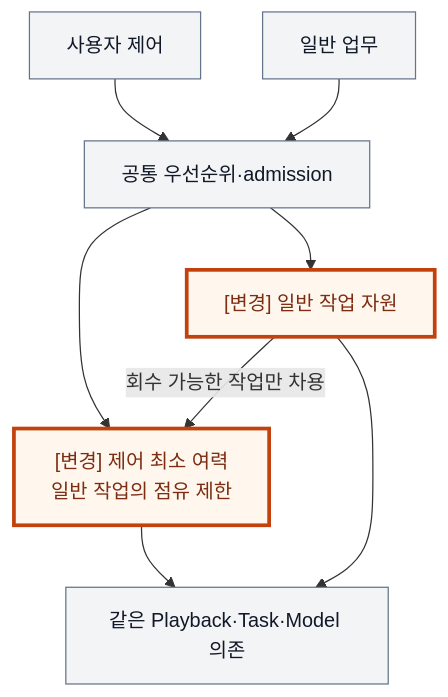
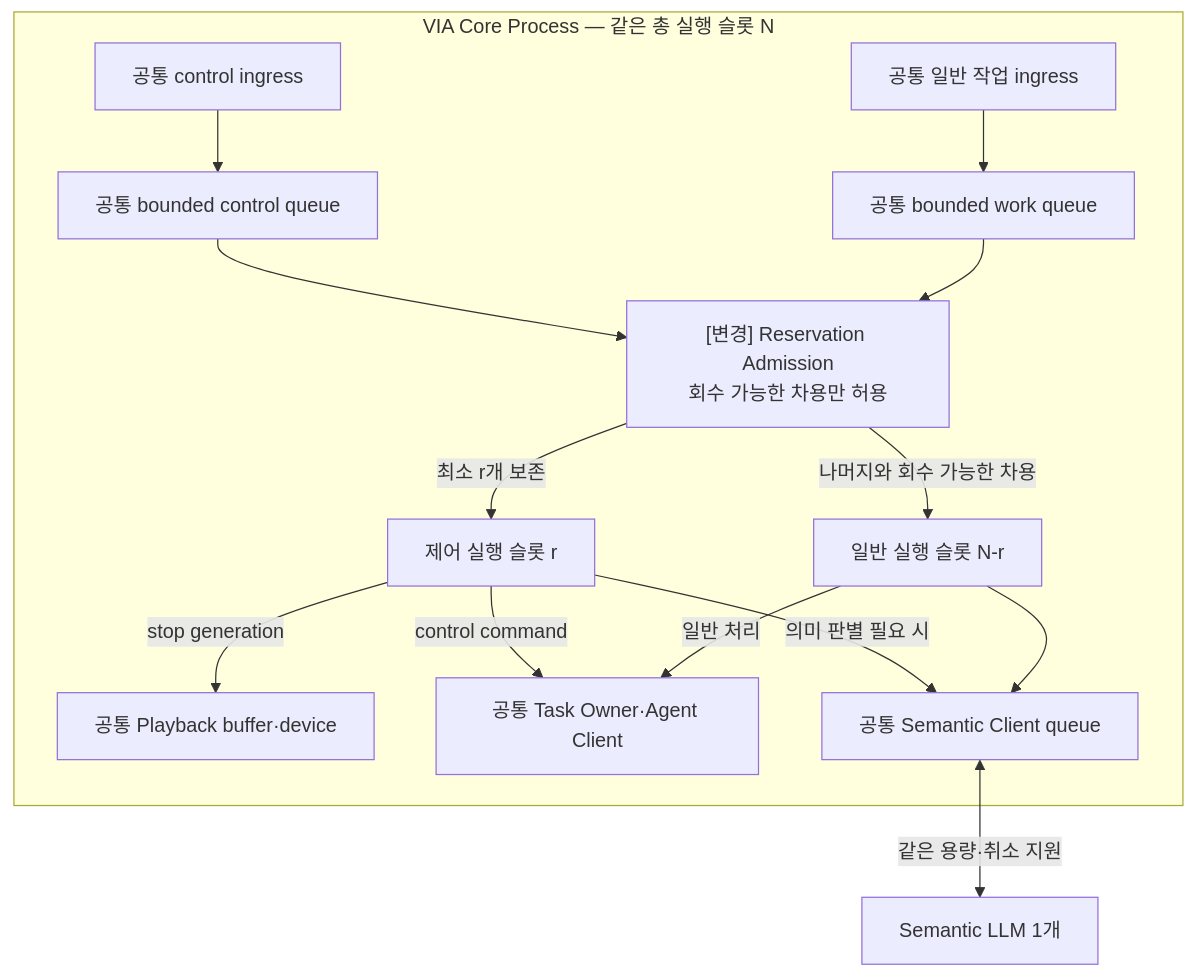
One commit to cbyche/via-sw-architecture changed the second of 4 diagrams in docs/architecture/12-decisions/via-dp-13-control-reservation.md. Above: the diagram before and after it, drawn with Mermaid. The commit also changed other lines of this file and 59 other files, not shown here.

Commit message:
docs: consolidate comprehensive VIA decision inventory and implementation diagrams

````diff
--- a/docs/architecture/12-decisions/via-dp-13-control-reservation.md
+++ b/docs/architecture/12-decisions/via-dp-13-control-reservation.md
@@ -49,14 +57,17 @@
 ```mermaid
 flowchart TB
- C["사용자 제어"] --> Q["공통 우선순위·admission"]
- W["일반 업무"] --> Q
- Q --> R["[변경] 제어 최소 여력<br/>일반 작업의 점유 제한"]
- Q --> S["[변경] 일반 작업 자원"]
- S -->|회수 가능한 작업만 차용| R
- R --> D["같은 Playback·Task·Model 의존"]
- S --> D
- class C,W,Q,D common;
- class R,S change;
-classDef common fill:#F3F4F6,stroke:#64748B,color:#111827;
-classDef change fill:#FFF7ED,stroke:#C2410C,stroke-width:3px,color:#7C2D12;
+ subgraph V["VIA Core Process — 같은 총 실행 슬롯 N"]
+ C["공통 control ingress"] --> CQ["공통 bounded control queue"]
+ W["공통 일반 작업 ingress"] --> WQ["공통 bounded work queue"]
+ CQ --> A["[변경] Reservation Admission<br/>회수 가능한 차용만 허용"]
+ WQ --> A
+ A -->|"최소 r개 보존"| CP["제어 실행 슬롯 r"]
+ A -->|"나머지와 회수 가능한 차용"| WP["일반 실행 슬롯 N-r"]
+ CP -->|"stop generation"| P["공통 Playback buffer·device"]
+ CP -->|"control command"| T["공통 Task Owner·Agent Client"]
+ WP -->|"일반 처리"| T
+ CP -->|"의미 판별 필요 시"| M["공통 Semantic Client queue"]
+ WP --> M
+ end
+ M <-->|"같은 용량·취소 지원"| L["Semantic LLM 1개"]
 ```
````
